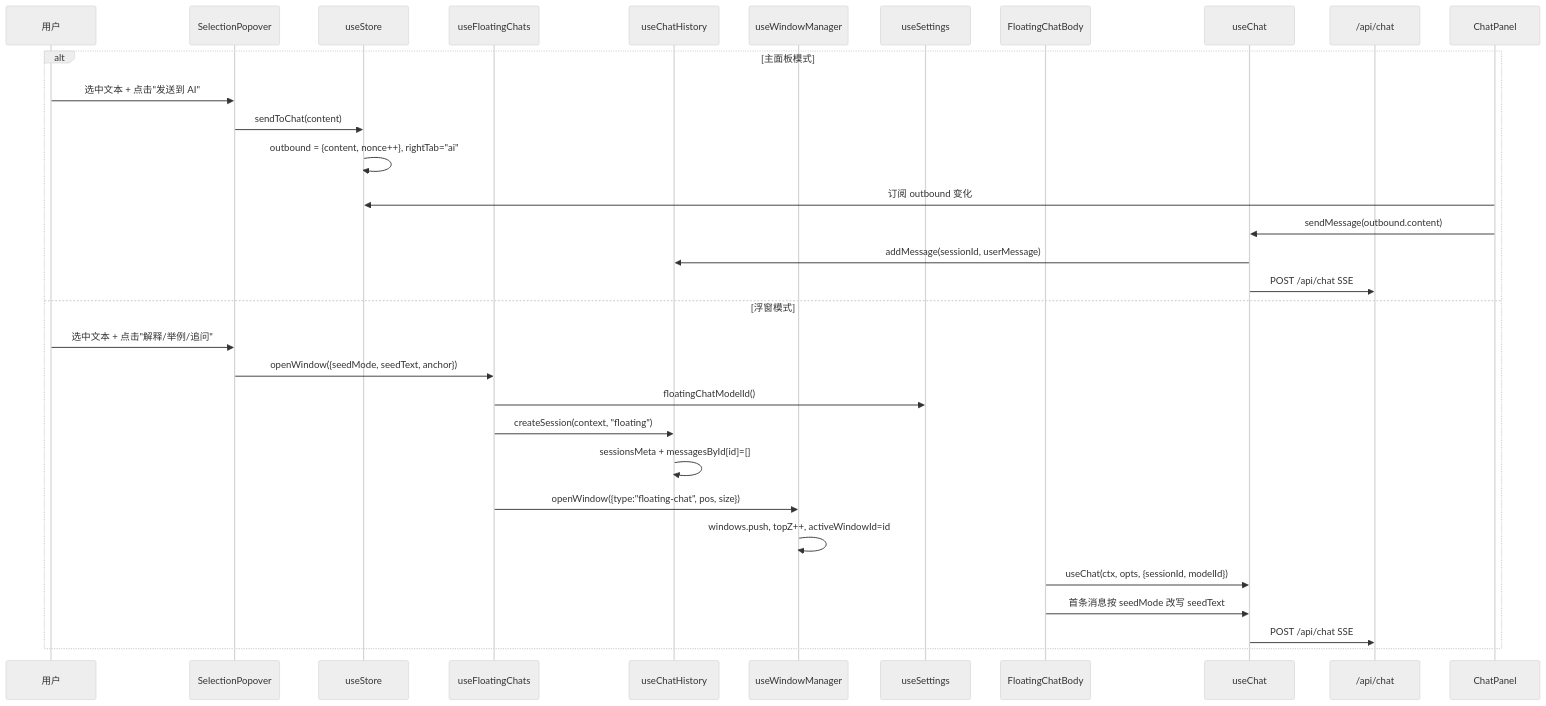
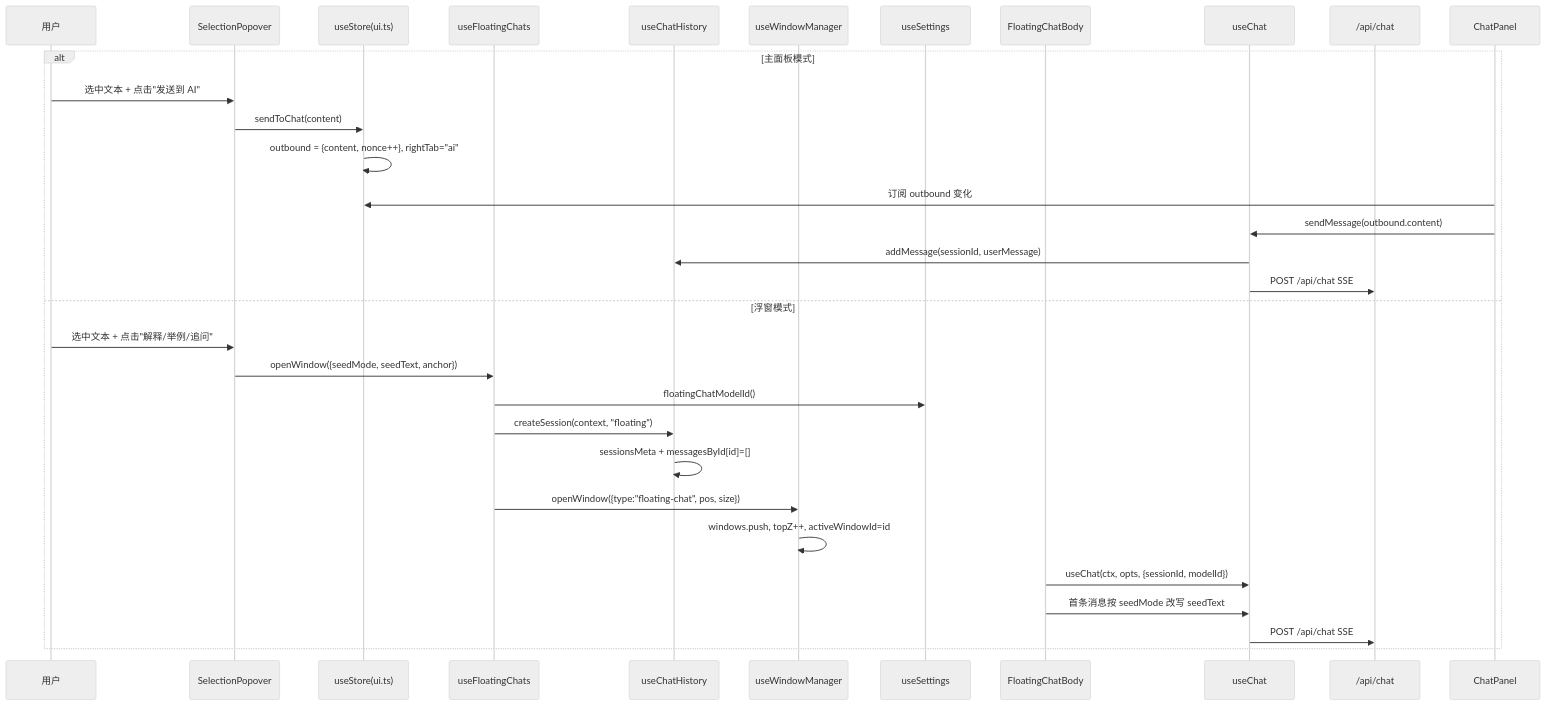
The second of 4 diagrams in docs/research/06-state-management.md (AIMFllyYS/Notebook-MedFreshman), drawn with Mermaid (neutral theme) before and after one commit. The commit also changed other lines of this file and 11 other files, not shown here.

````diff
--- a/docs/research/06-state-management.md
+++ b/docs/research/06-state-management.md
@@ -472,34 +466,34 @@
 ```mermaid
 sequenceDiagram
     participant User as 用户
     participant Popover as SelectionPopover
-    participant useStore as useStore
+    participant useStore as useStore(ui.ts)
     participant useFloatingChats as useFloatingChats
     participant useChatHistory as useChatHistory
     participant useWindowManager as useWindowManager
     participant useSettings as useSettings
     participant FloatingChat as FloatingChatBody
     participant useChat as useChat
     participant API as /api/chat
 
     alt 主面板模式
         User->>Popover: 选中文本 + 点击"发送到 AI"
         Popover->>useStore: sendToChat(content)
         useStore->>useStore: outbound = {content, nonce++}, rightTab="ai"
         ChatPanel->>useStore: 订阅 outbound 变化
         ChatPanel->>useChat: sendMessage(outbound.content)
         useChat->>useChatHistory: addMessage(sessionId, userMessage)
         useChat->>API: POST /api/chat SSE
     else 浮窗模式
         User->>Popover: 选中文本 + 点击"解释/举例/追问"
         Popover->>useFloatingChats: openWindow({seedMode, seedText, anchor})
         useFloatingChats->>useSettings: floatingChatModelId()
         useFloatingChats->>useChatHistory: createSession(context, "floating")
         useChatHistory->>useChatHistory: sessionsMeta + messagesById[id]=[]
         useFloatingChats->>useWindowManager: openWindow({type:"floating-chat", pos, size})
         useWindowManager->>useWindowManager: windows.push, topZ++, activeWindowId=id
         FloatingChat->>useChat: useChat(ctx, opts, {sessionId, modelId})
         FloatingChat->>useChat: 首条消息按 seedMode 改写 seedText
         useChat->>API: POST /api/chat SSE
     end
 ```
````
